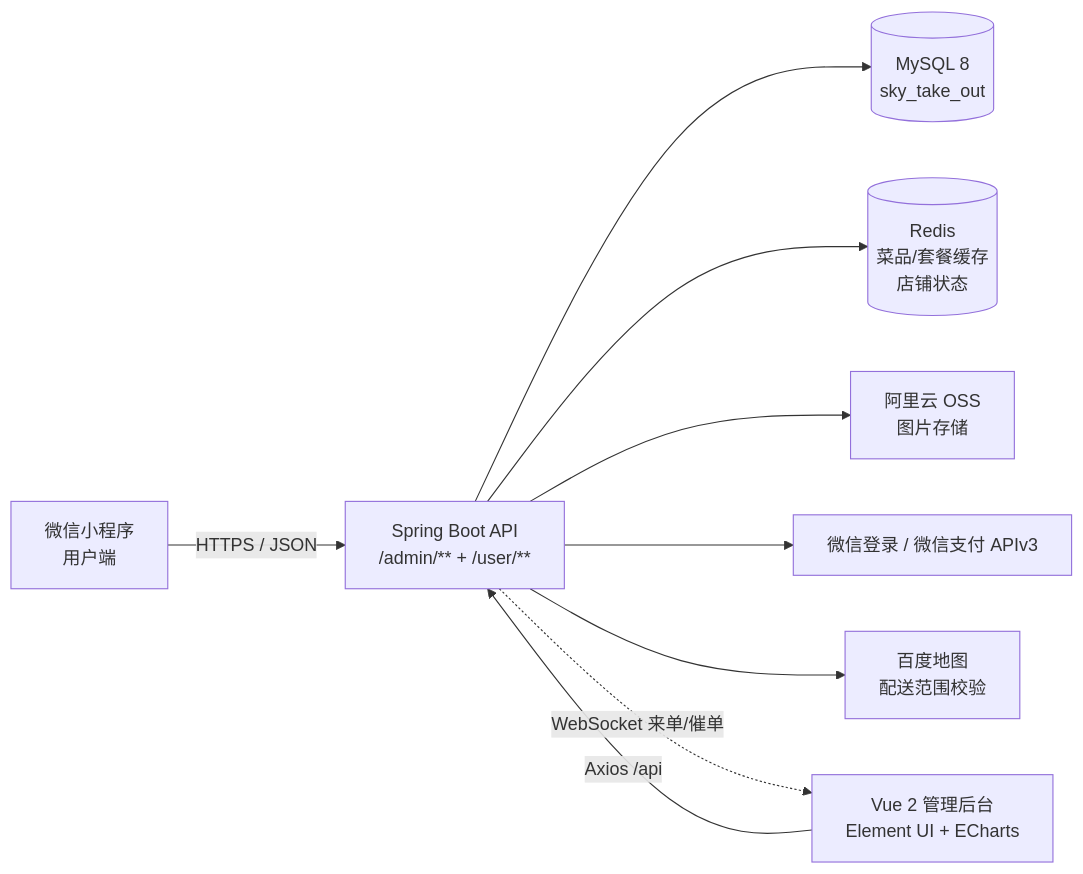
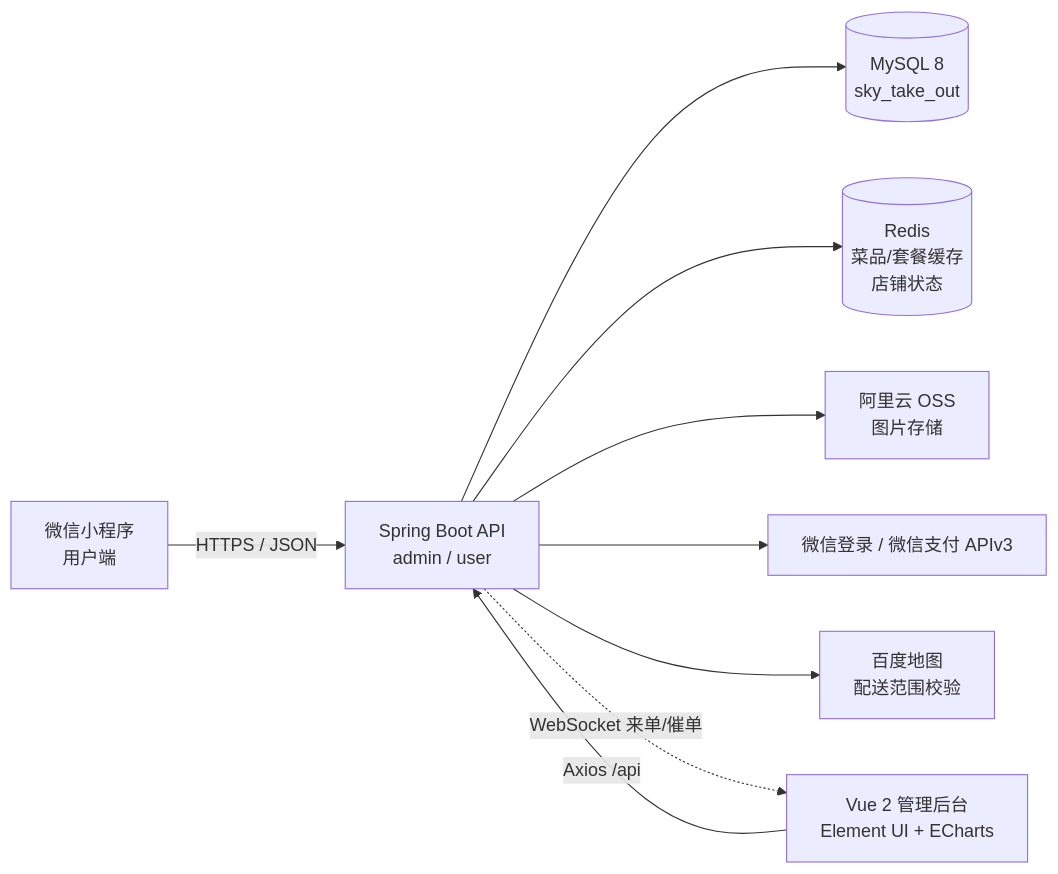
One commit to lvanning/sky-takeout changed the diagram in README.md. Above: the diagram before and after it, drawn with Mermaid. The commit also changed other lines of this file, not shown here.

````diff
--- a/README.md
+++ b/README.md
@@ -127,11 +125,11 @@
 ```mermaid
 flowchart LR
-    MP["微信小程序<br/>用户端"] -->|HTTPS / JSON| API["Spring Boot API<br/>/admin/** + /user/**"]
+    MP["微信小程序<br/>用户端"] -->|HTTPS / JSON| API["Spring Boot API<br/>admin / user"]
     ADMIN["Vue 2 管理后台<br/>Element UI + ECharts"] -->|Axios /api| API
     API --> MYSQL[("MySQL 8<br/>sky_take_out")]
     API --> REDIS[("Redis<br/>菜品/套餐缓存<br/>店铺状态")]
     API --> OSS["阿里云 OSS<br/>图片存储"]
     API --> WX["微信登录 / 微信支付 APIv3"]
     API --> MAP["百度地图<br/>配送范围校验"]
     API -.->|WebSocket 来单/催单| ADMIN
 ```
````
